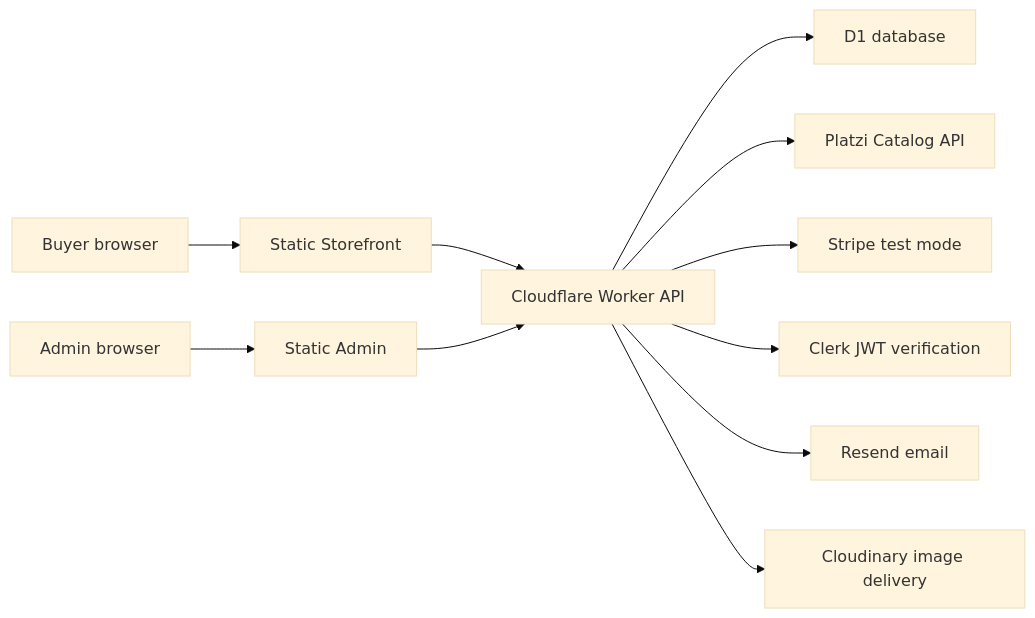
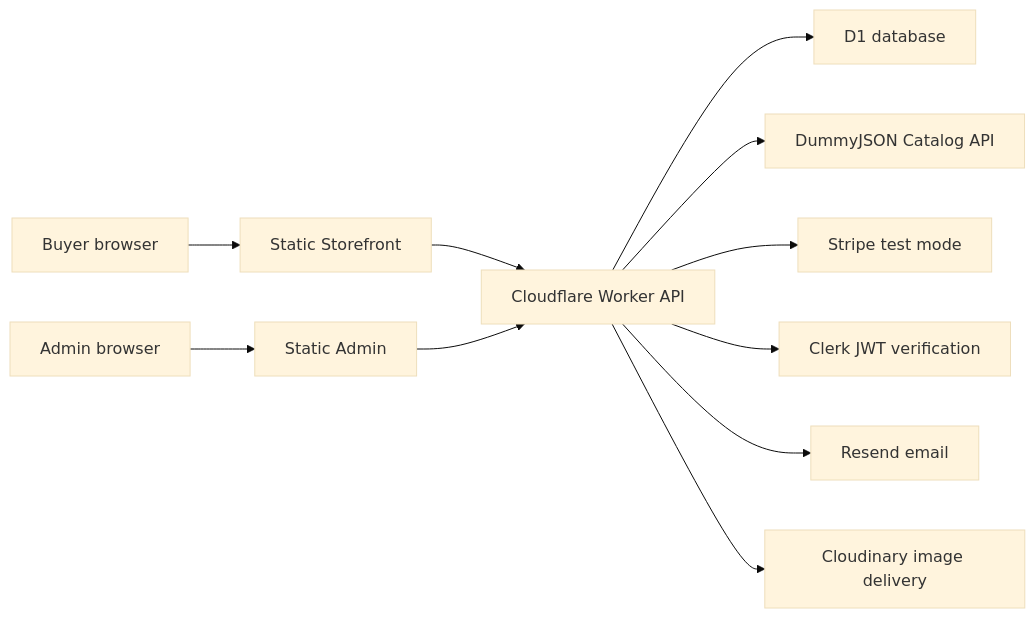
One commit to Diferez/portafolio-aether-commerce changed the diagram in aether-commerce/docs/architecture.md. Above: the diagram before and after it, drawn with Mermaid (base theme). The commit also changed other lines of this file and 49 other files, not shown here.

First line of the commit message:
Migrate Aether Store catalog from Platzi to DummyJSON, redesign storefront UI

````diff
--- a/aether-commerce/docs/architecture.md
+++ b/aether-commerce/docs/architecture.md
@@ -5,13 +5,13 @@
 ```mermaid
 flowchart LR
   Buyer["Buyer browser"] --> Storefront["Static Storefront"]
   AdminUser["Admin browser"] --> Admin["Static Admin"]
   Storefront --> API["Cloudflare Worker API"]
   Admin --> API
   API --> D1["D1 database"]
-  API --> Platzi["Platzi Catalog API"]
+  API --> DummyJSON["DummyJSON Catalog API"]
   API --> Stripe["Stripe test mode"]
   API --> Clerk["Clerk JWT verification"]
   API --> Resend["Resend email"]
   API --> Cloudinary["Cloudinary image delivery"]
 ```
````
